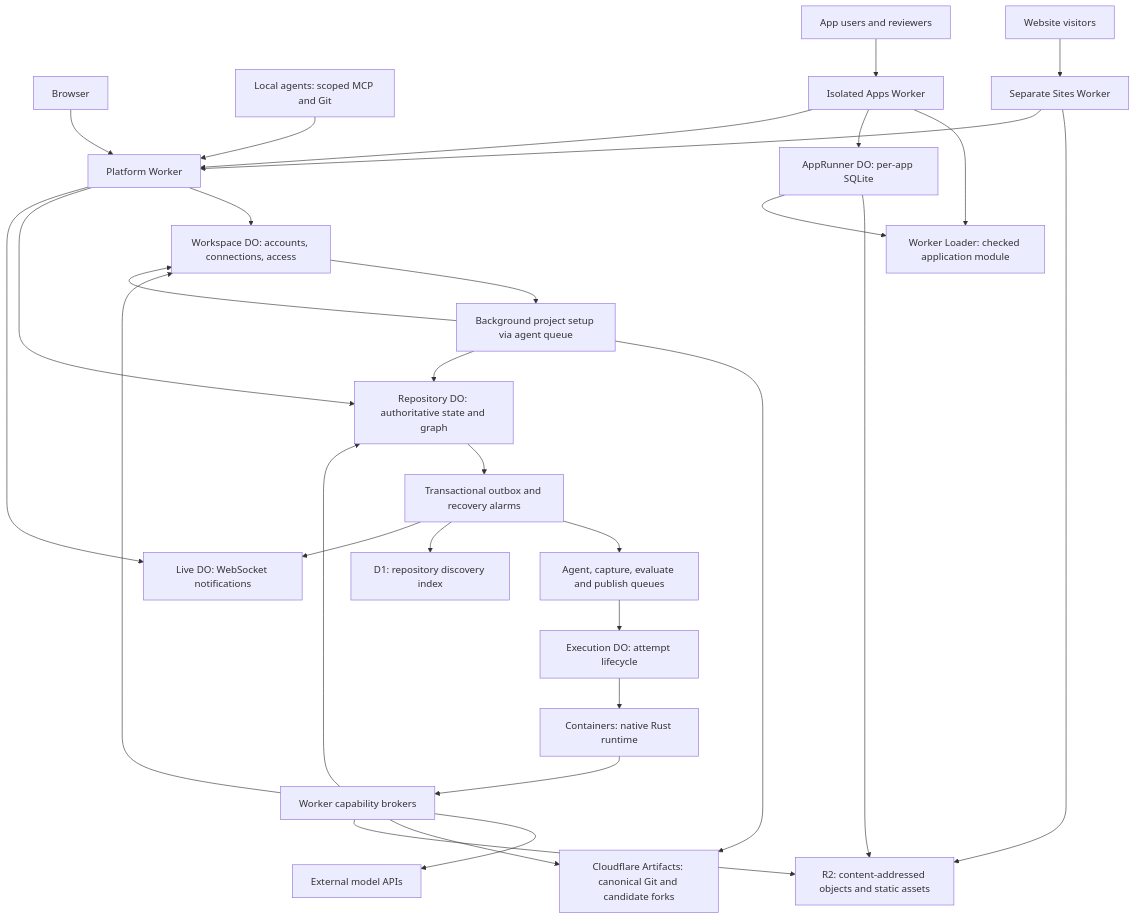
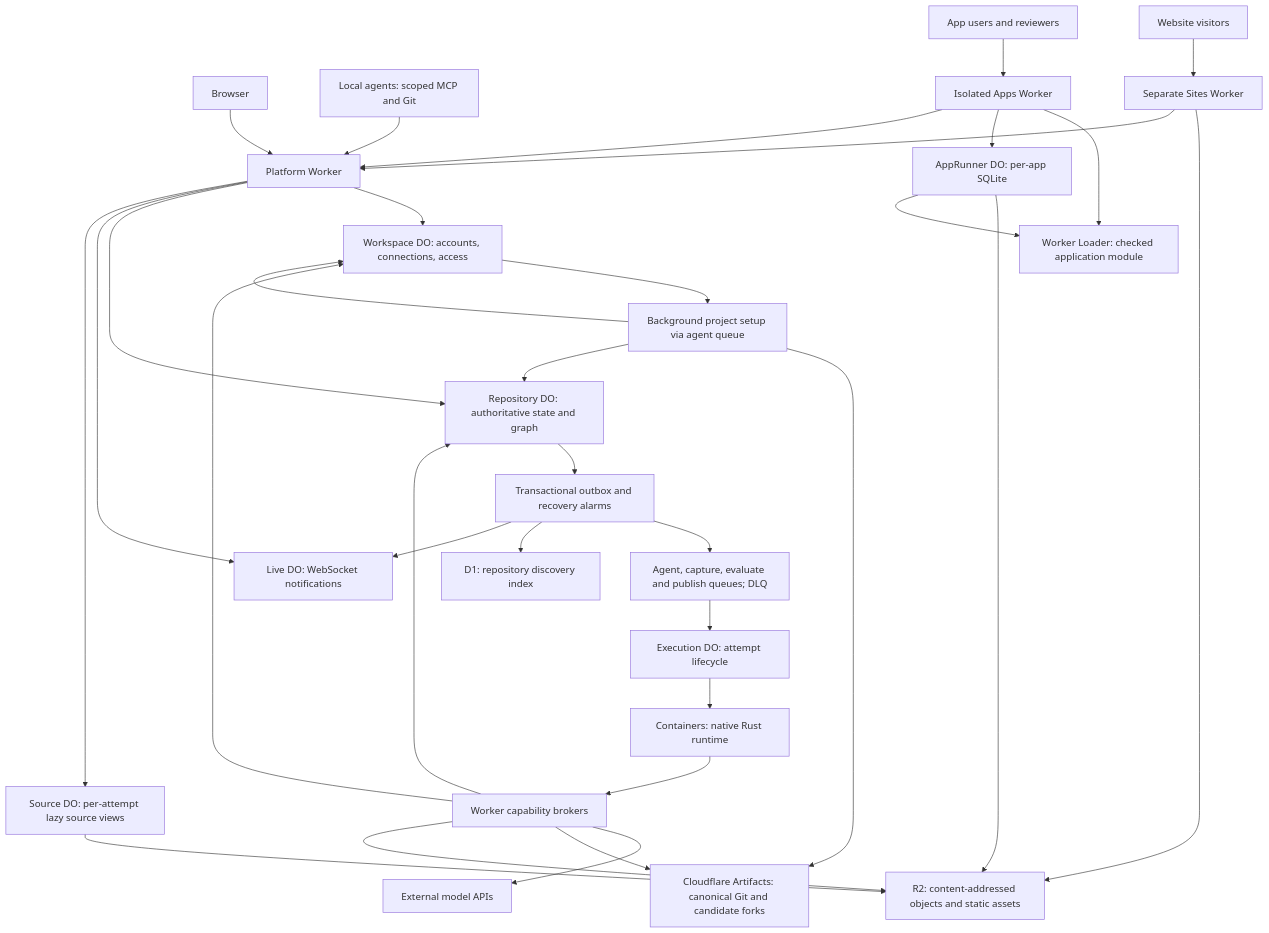
Before and after one commit to YonedaAI/yonedarepo: the diagram in docs/current-state-architecture.md, drawn with Mermaid. The commit also changed other lines of this file and 4 other files, not shown here.

````diff
--- a/docs/current-state-architecture.md
+++ b/docs/current-state-architecture.md
@@ -61,37 +61,39 @@
 ```mermaid
 flowchart TD
     Browser["Browser"] --> Worker["Platform Worker"]
     LocalAgent["Local agents: scoped MCP and Git"] --> Worker
 
     Worker --> Workspace["Workspace DO: accounts, connections, access"]
     Worker --> Repo["Repository DO: authoritative state and graph"]
     Worker --> Live["Live DO: WebSocket notifications"]
+    Worker --> Source["Source DO: per-attempt lazy source views"]
+    Source --> R2
     Workspace --> Setup["Background project setup via agent queue"]
     Setup --> Artifacts
     Setup --> Repo
     Setup --> Workspace
 
     Repo --> Outbox["Transactional outbox and recovery alarms"]
-    Outbox --> Queues["Agent, capture, evaluate and publish queues"]
+    Outbox --> Queues["Agent, capture, evaluate and publish queues; DLQ"]
     Outbox --> D1["D1: repository discovery index"]
     Outbox --> Live
 
     Queues --> Execution["Execution DO: attempt lifecycle"]
     Execution --> Containers["Containers: native Rust runtime"]
     Containers --> Broker["Worker capability brokers"]
     Broker --> Providers["External model APIs"]
     Broker --> Artifacts["Cloudflare Artifacts: canonical Git and candidate forks"]
     Broker --> R2["R2: content-addressed objects and static assets"]
     Broker --> Repo
     Broker --> Workspace
 
     Visitors["Website visitors"] --> Sites["Separate Sites Worker"]
     Sites --> R2
     Sites --> Worker
     AppVisitors["App users and reviewers"] --> Apps["Isolated Apps Worker"]
     Apps --> Loader["Worker Loader: checked application module"]
     Apps --> AppState["AppRunner DO: per-app SQLite"]
     Apps --> Worker
     AppState --> R2
     AppState --> Loader
 ```
````
